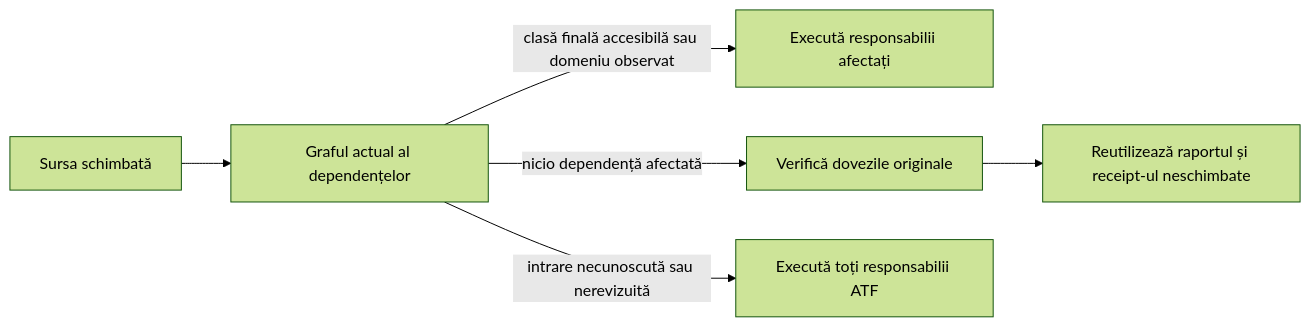
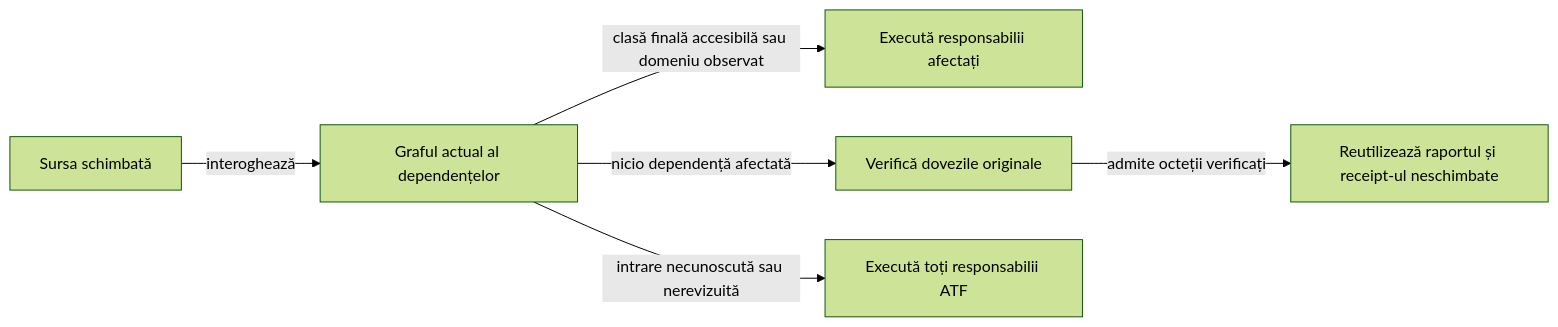
The second of 4 diagrams in docs/testing/ATF_Collections.md (crististefanita/whist), drawn with Mermaid (forest theme) before and after one commit. The commit also changed other lines of this file, not shown here.

````diff
--- a/docs/testing/ATF_Collections.md
+++ b/docs/testing/ATF_Collections.md
@@ -163,8 +163,8 @@
 ```mermaid
 flowchart LR
-    INPUT[Sursa schimbată] --> GRAPH[Graful actual al dependențelor]
+    INPUT[Sursa schimbată] -->|interoghează| GRAPH[Graful actual al dependențelor]
     GRAPH -->|clasă finală accesibilă sau domeniu observat| RUN[Execută responsabilii afectați]
     GRAPH -->|nicio dependență afectată| ADMIT[Verifică dovezile originale]
-    ADMIT --> REUSE[Reutilizează raportul și receipt-ul neschimbate]
+    ADMIT -->|admite octeții verificați| REUSE[Reutilizează raportul și receipt-ul neschimbate]
     GRAPH -->|intrare necunoscută sau nerevizuită| FULL[Execută toți responsabilii ATF]
 ```
````
